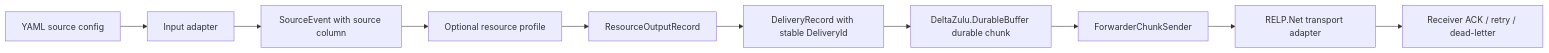
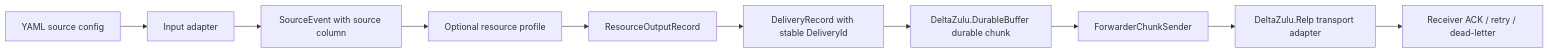
One commit to DeltaZulu-OU/DeltaZulu.Agent changed the second of 2 diagrams in docs/ARCHITECTURE.md. Above: the diagram before and after it, drawn with Mermaid. The commit also changed other lines of this file and 2 other files, not shown here.

Commit message:
Align agent docs and clarify roadmap tasks

````diff
--- a/docs/ARCHITECTURE.md
+++ b/docs/ARCHITECTURE.md
@@ -60,12 +60,12 @@
 ```mermaid
 flowchart LR
     A[YAML source config] --> B[Input adapter]
     B --> C[SourceEvent with source column]
     C --> D[Optional resource profile]
     D --> E[ResourceOutputRecord]
     E --> F[DeliveryRecord with stable DeliveryId]
     F --> G[DeltaZulu.DurableBuffer durable chunk]
     G --> H[ForwarderChunkSender]
-    H --> I[RELP.Net transport adapter]
+    H --> I[DeltaZulu.Relp transport adapter]
     I --> J[Receiver ACK / retry / dead-letter]
 ```
````
